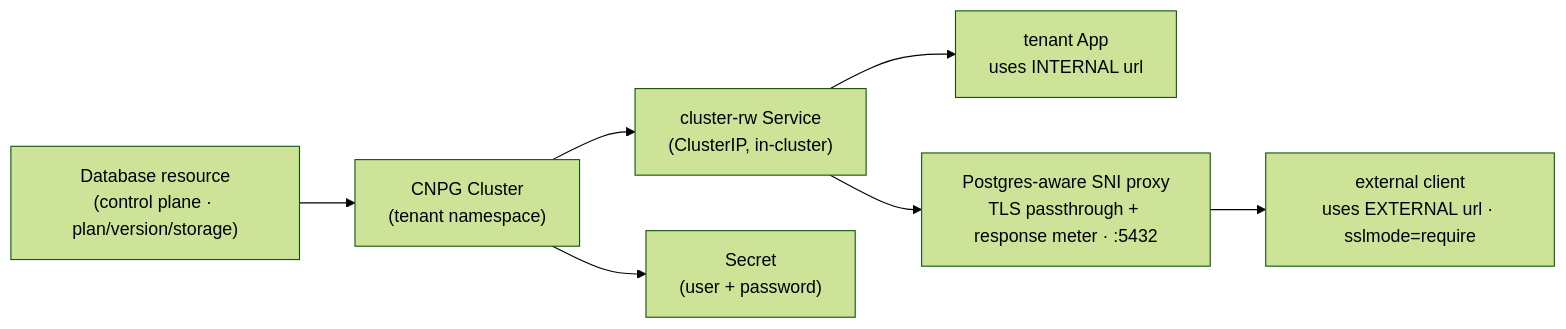
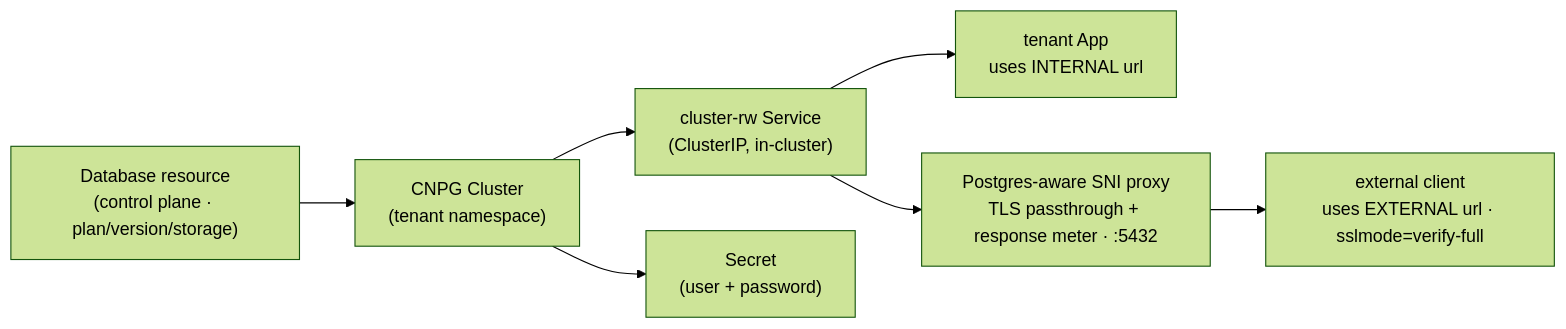
One commit to cuckoo-network/cuckoo changed the diagram in docs/ADR009-postgresql-management.md. Above: the diagram before and after it, drawn with Mermaid (forest theme). The commit also changed other lines of this file and 63 other files, not shown here.

````diff
--- a/docs/ADR009-postgresql-management.md
+++ b/docs/ADR009-postgresql-management.md
@@ -33,9 +33,9 @@
 ```mermaid
 flowchart LR
   db["Database resource<br/>(control plane · plan/version/storage)"] --> cnpg["CNPG Cluster<br/>(tenant namespace)"]
   cnpg --> svc["cluster-rw Service<br/>(ClusterIP, in-cluster)"]
   cnpg --> sec["Secret<br/>(user + password)"]
   svc --> appx["tenant App<br/>uses INTERNAL url"]
   svc --> tcp["Postgres-aware SNI proxy<br/>TLS passthrough + response meter · :5432"]
-  tcp --> ext["external client<br/>uses EXTERNAL url · sslmode=require"]
+  tcp --> ext["external client<br/>uses EXTERNAL url · sslmode=verify-full"]
 ```
````
